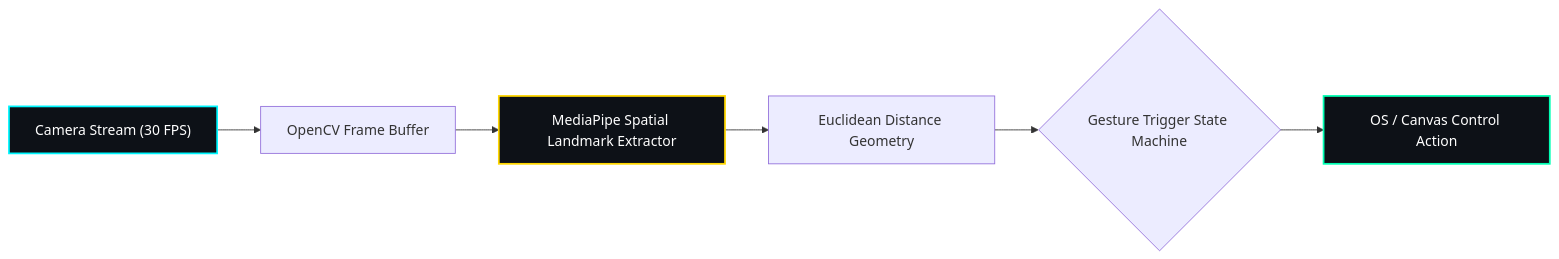
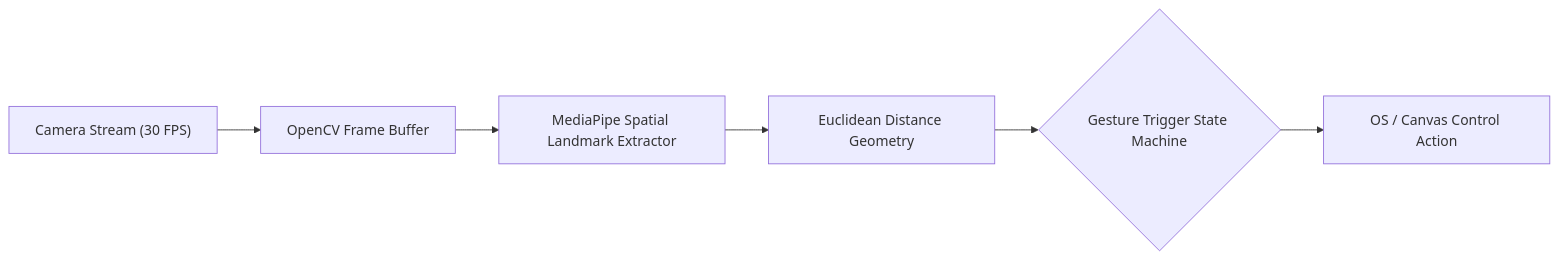
One commit to AnmolRajpoot25/AnmolRajpoot25 changed the seventh of 7 diagrams in README.md. Above: the diagram before and after it, drawn with Mermaid. The commit also changed other lines of this file, not shown here.

````diff
--- a/README.md
+++ b/README.md
@@ -222,12 +194,8 @@
 ```mermaid
 flowchart LR
     CAM["Camera Stream (30 FPS)"] --> OCV["OpenCV Frame Buffer"]
     OCV --> MP["MediaPipe Spatial Landmark Extractor"]
     MP --> GEO["Euclidean Distance Geometry"]
     GEO --> SM{"Gesture Trigger State Machine"}
     SM --> ACT["OS / Canvas Control Action"]
-
-    style CAM fill:#0d1117,stroke:#00F7FF,stroke-width:2px,color:#fff
-    style MP fill:#0d1117,stroke:#FFD700,stroke-width:2px,color:#fff
-    style ACT fill:#0d1117,stroke:#00FFB3,stroke-width:2px,color:#fff
 ```
````
